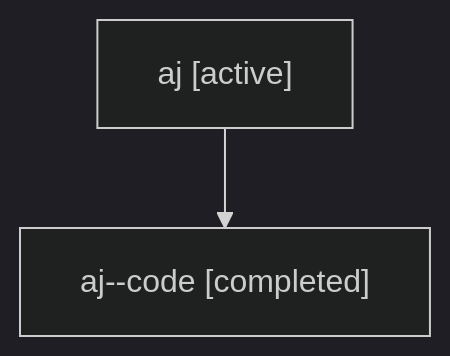
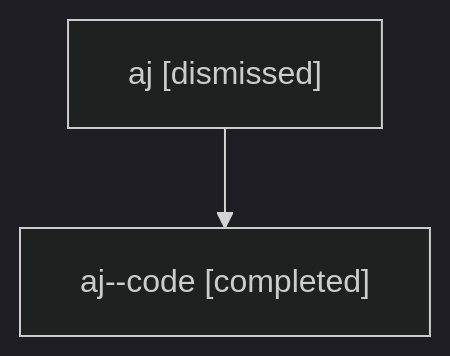
One commit to sase-org/sase--agents changed the diagram in sessions/bbugyi200.athena.aj.md. Above: the diagram before and after it, drawn with Mermaid (dark theme). The commit also changed other lines of this file and 6 other files, not shown here.

````diff
--- a/sessions/bbugyi200.athena.aj.md
+++ b/sessions/bbugyi200.athena.aj.md
@@ -9,6 +9,6 @@
 ```mermaid
 flowchart TD
-  n0["aj [active]"]
+  n0["aj [dismissed]"]
   n1["aj--code [completed]"]
   n0 --> n1
 ```
````
